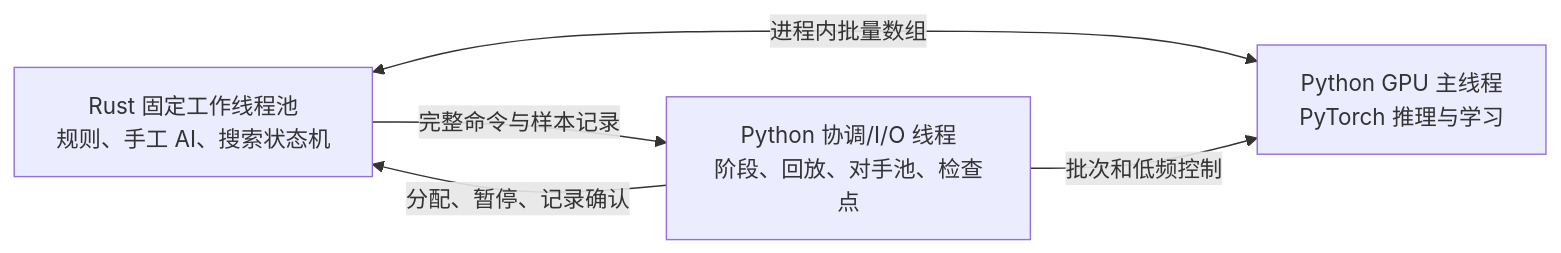
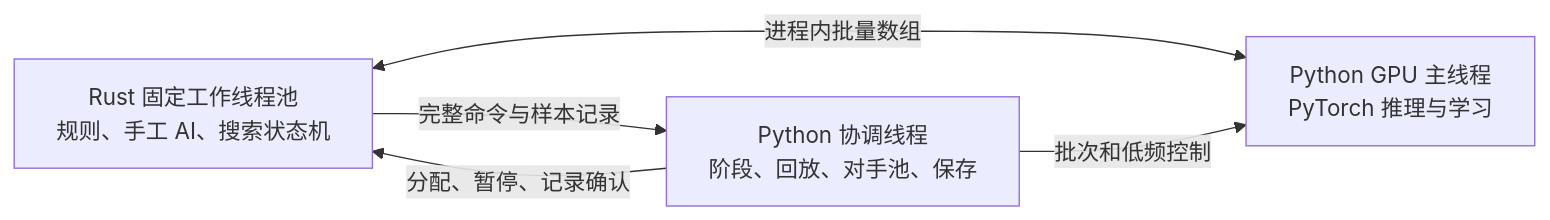
Before and after one commit to Loremmlel/haojie2: the diagram in docs/ai/TRAINING-RUNTIME.md, drawn with Mermaid. The commit also changed other lines of this file and 41 other files, not shown here.

````diff
--- a/docs/ai/TRAINING-RUNTIME.md
+++ b/docs/ai/TRAINING-RUNTIME.md
@@ -17,7 +7,7 @@
 ```mermaid
 flowchart LR
     R["Rust 固定工作线程池<br/>规则、手工 AI、搜索状态机"] <-->|进程内批量数组| G["Python GPU 主线程<br/>PyTorch 推理与学习"]
-    R -->|完整命令与样本记录| C["Python 协调/I/O 线程<br/>阶段、回放、对手池、检查点"]
+    R -->|完整命令与样本记录| C["Python 协调线程<br/>阶段、回放、对手池、保存"]
     C -->|批次和低频控制| G
     C -->|分配、暂停、记录确认| R
 ```
````
